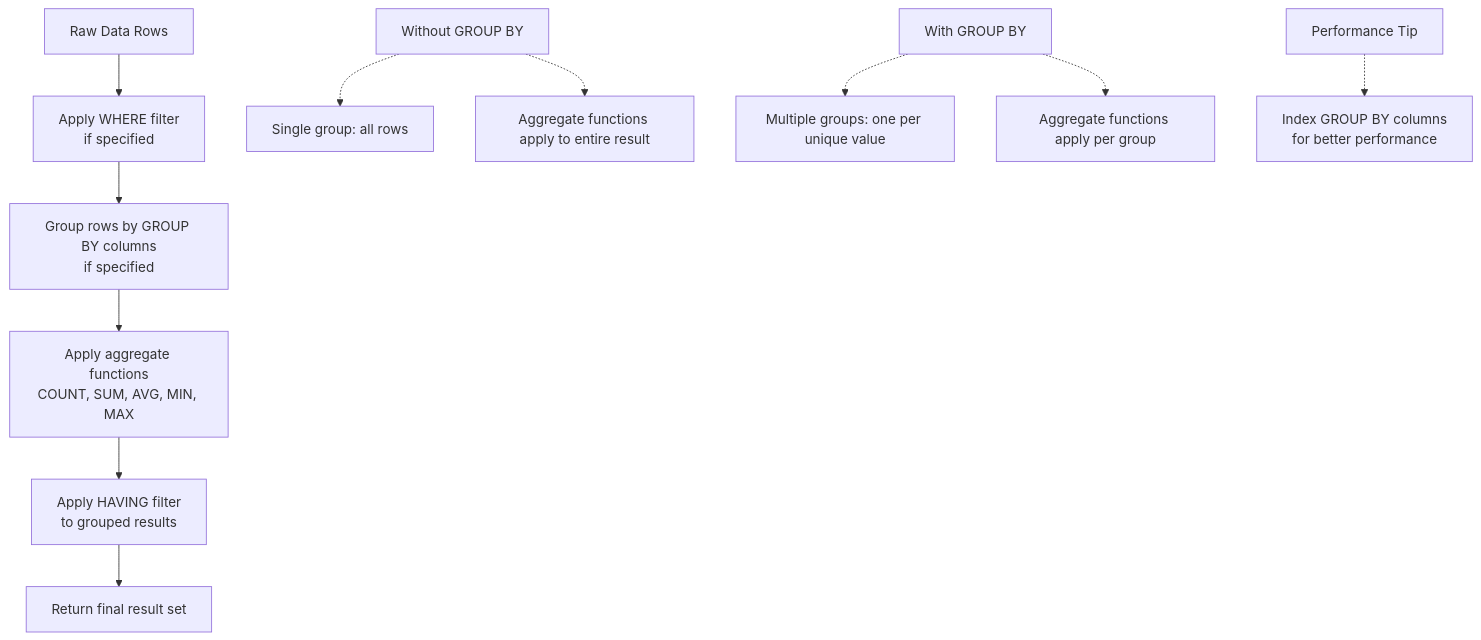
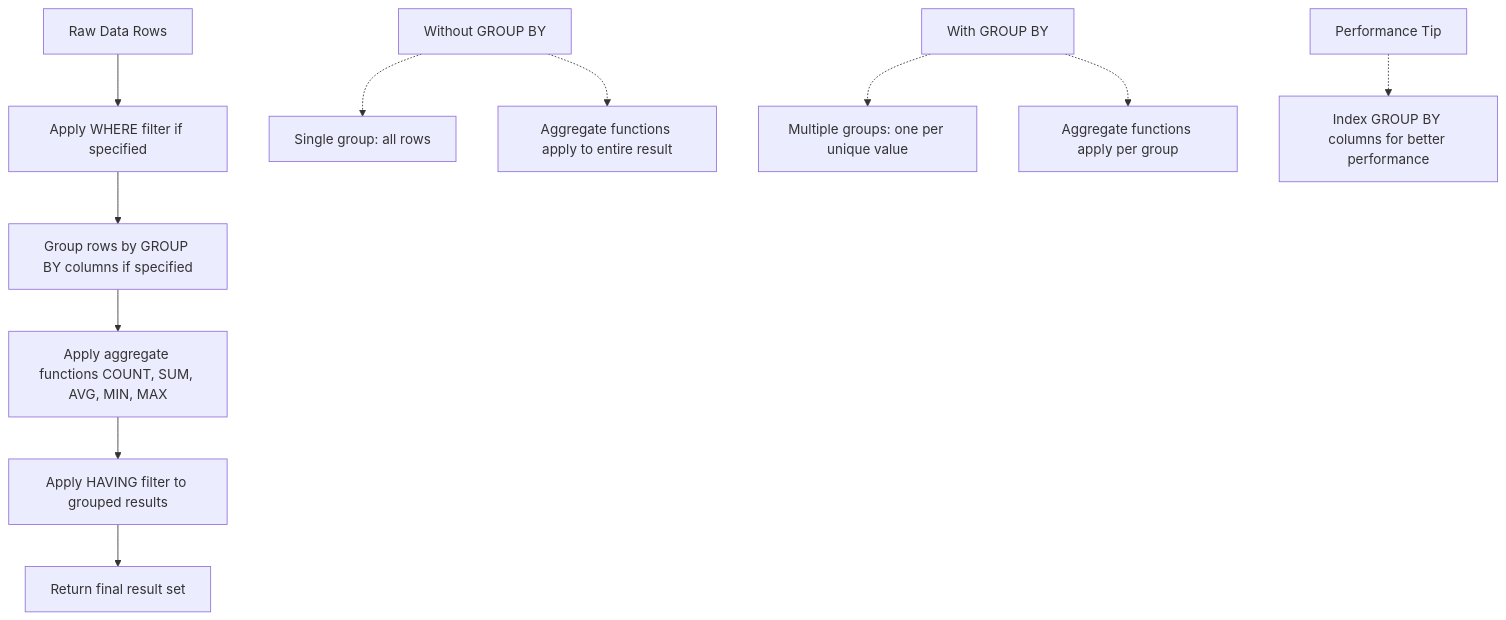
The first of 2 diagrams in fundamentals/3-aggregations-and-grouping.md (basharArif/sql-learning-path), drawn with Mermaid before and after one commit. The commit also changed other lines of this file and 12 other files, not shown here.

Commit message:
Fix Mermaid diagrams in remaining files: Replace \n with spaces for proper rendering

````diff
--- a/fundamentals/3-aggregations-and-grouping.md
+++ b/fundamentals/3-aggregations-and-grouping.md
@@ -22,16 +22,16 @@
 ```mermaid
 graph TD
-    A[Raw Data Rows] --> B[Apply WHERE filter\nif specified]
-    B --> C[Group rows by GROUP BY columns\nif specified]
-    C --> D[Apply aggregate functions\nCOUNT, SUM, AVG, MIN, MAX]
-    D --> E[Apply HAVING filter\nto grouped results]
+    A[Raw Data Rows] --> B[Apply WHERE filter if specified]
+    B --> C[Group rows by GROUP BY columns if specified]
+    C --> D[Apply aggregate functions COUNT, SUM, AVG, MIN, MAX]
+    D --> E[Apply HAVING filter to grouped results]
     E --> F[Return final result set]
     
     G[Without GROUP BY] -.-> H[Single group: all rows]
     G -.-> I[Aggregate functions apply to entire result]
     
     J[With GROUP BY] -.-> K[Multiple groups: one per unique value]
     J -.-> L[Aggregate functions apply per group]
     
-    M[Performance Tip] -.-> N[Index GROUP BY columns\nfor better performance]
+    M[Performance Tip] -.-> N[Index GROUP BY columns for better performance]
 ```
````
